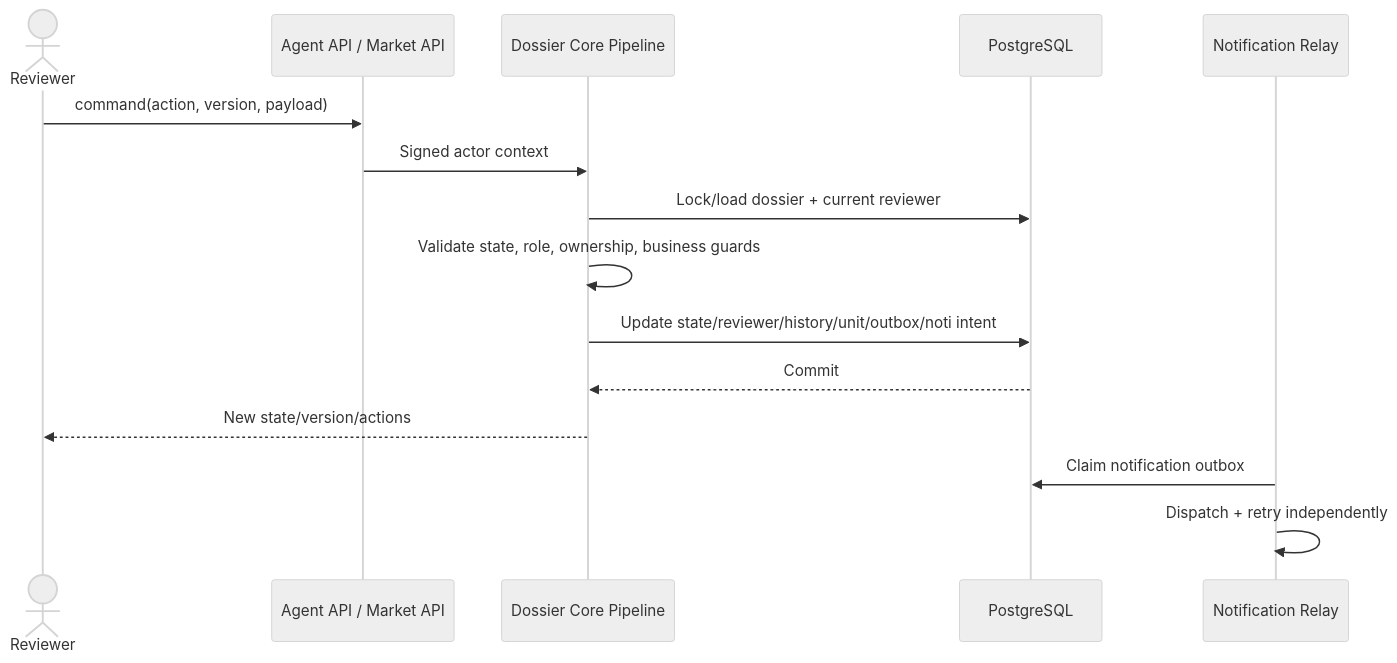
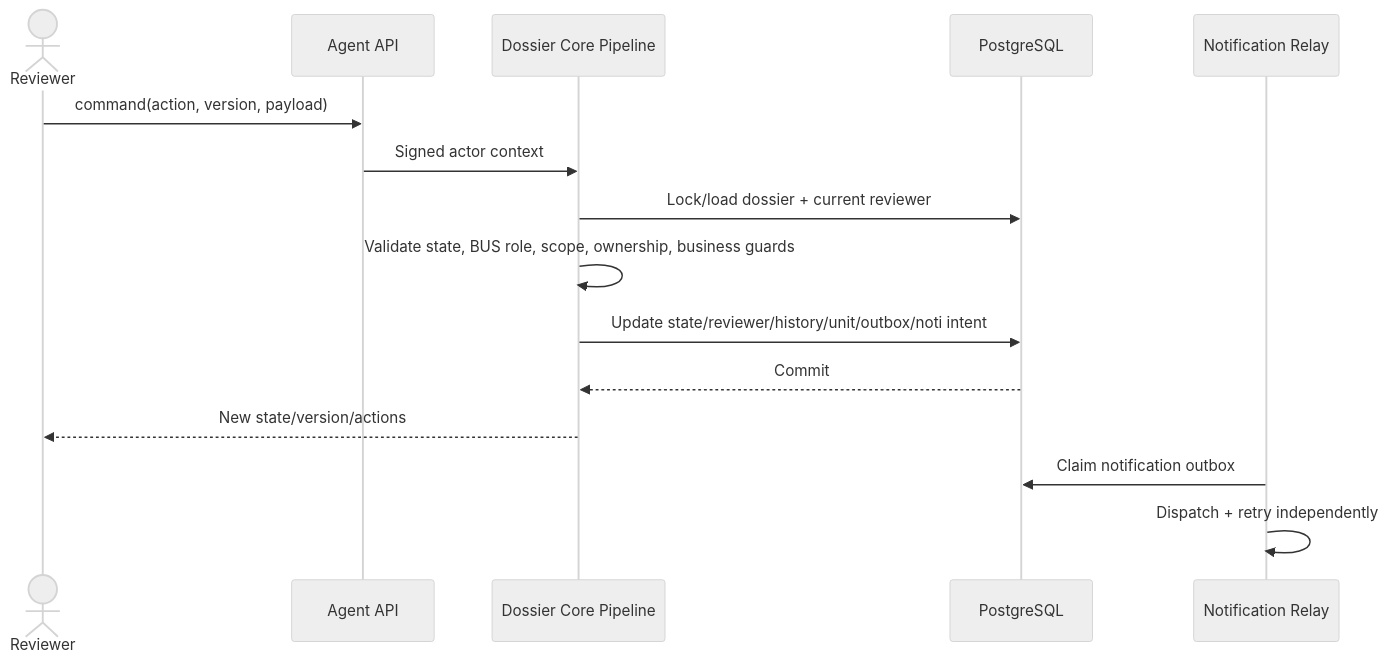
One commit to huynv-xyz/vhm changed the sixth of 8 diagrams in tdd-dossier.md. Above: the diagram before and after it, drawn with Mermaid (neutral theme). The commit also changed other lines of this file, not shown here.

````diff
--- a/tdd-dossier.md
+++ b/tdd-dossier.md
@@ -679,18 +701,18 @@
 ```mermaid
 sequenceDiagram
     actor R as Reviewer
-    participant A as Agent API / Market API
+    participant A as Agent API
     participant C as Dossier Core Pipeline
     participant D as PostgreSQL
     participant N as Notification Relay
 
     R->>A: command(action, version, payload)
     A->>C: Signed actor context
     C->>D: Lock/load dossier + current reviewer
-    C->>C: Validate state, role, ownership, business guards
+    C->>C: Validate state, BUS role, scope, ownership, business guards
     C->>D: Update state/reviewer/history/unit/outbox/noti intent
     D-->>C: Commit
     C-->>R: New state/version/actions
     N->>D: Claim notification outbox
     N->>N: Dispatch + retry independently
 ```
````
